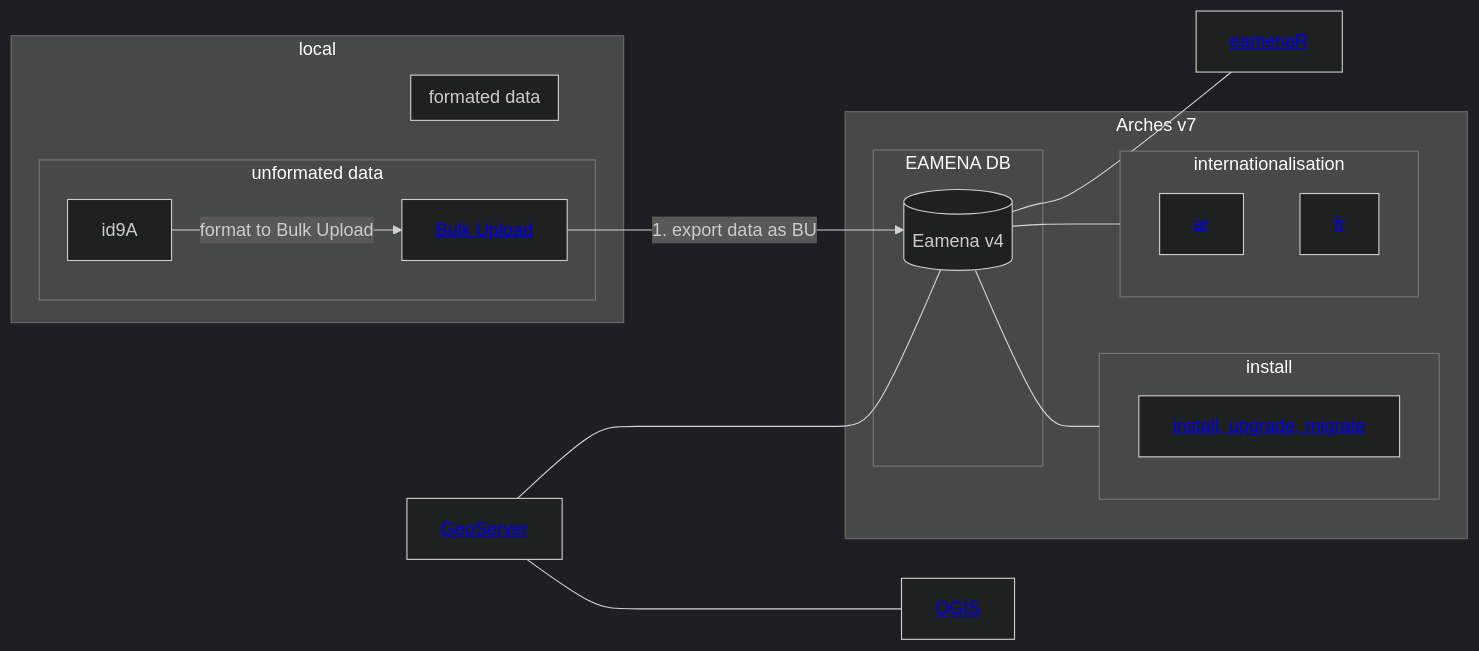
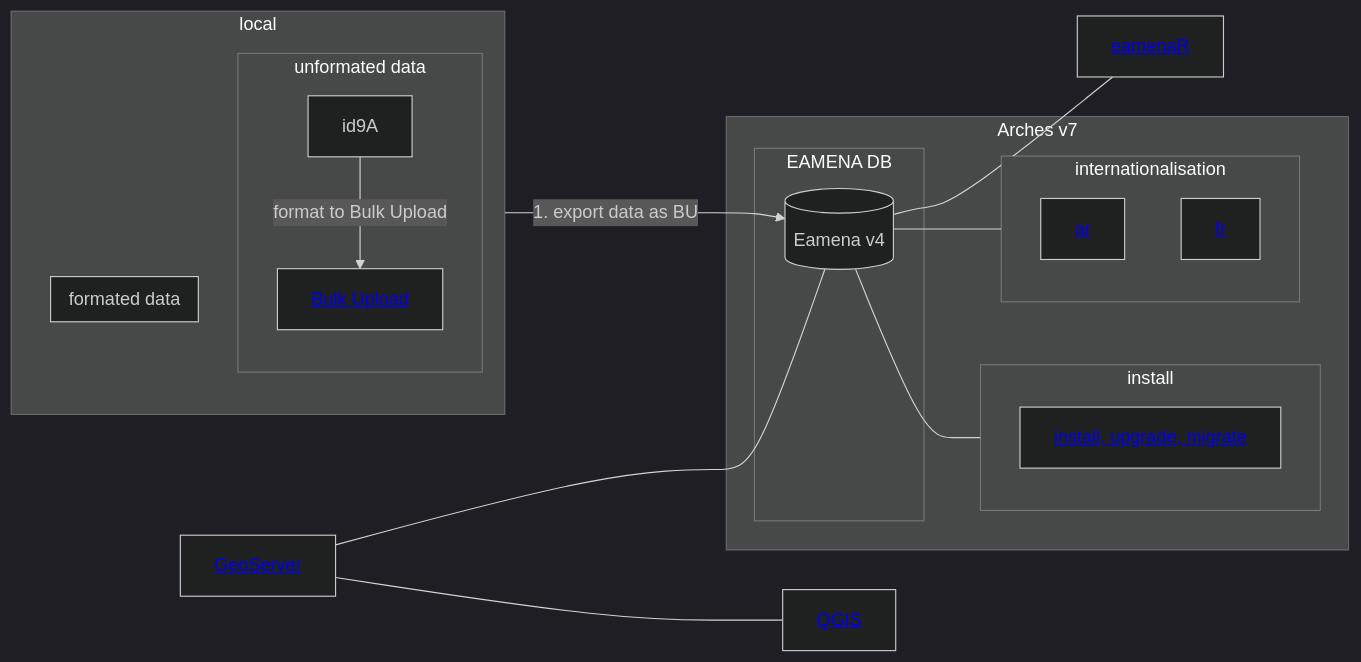
Before and after one commit to eamena-project/eamena-arches-dev: the diagram in dbs/database.eamena/README.md, drawn with Mermaid (dark theme).

````diff
--- a/dbs/database.eamena/README.md
+++ b/dbs/database.eamena/README.md
@@ -3,28 +3,29 @@
 ```mermaid
 flowchart LR
   subgraph Arches v7
     subgraph EAMENA DB
     ea[(Eamena v4)]
     end
     subgraph internationalisation
       id6[<a href='https://github.com/eamena-project/eamena-arches-dev/tree/main/dbs/database.eamena/internationalisation'>ar</a>];
       id7[<a href='https://github.com/eamena-project/eamena-arches-dev/tree/main/dbs/database.eamena/internationalisation'>fr</a>];
     end 
     subgraph install
       id8[<a href='https://github.com/eamena-project/eamena-arches-dev/tree/main/dbs/database.eamena/install'>install, upgrade, migrate</a>];
     end 
   end
   id3[<a href='https://github.com/eamena-project/eamena-arches-dev/tree/main/geoserver'>GeoServer</a>] --- ea;
   id3 --- id4[<a href='https://github.com/eamena-project/eamena-arches-dev/tree/main/gis/qgis'>QGIS</a>];
   subgraph local
+    direction TB
     subgraph unformated data
       id9A -- format to Bulk Upload --> id9B[<a href='https://github.com/eamena-project/eamena-arches-dev/tree/main/data/bulk#readme'>Bulk Upload</a>]
     end
     subgraph formated data
       id9B --1. export data as BU--> ea;
     end
   end
   ea --- id5[<a href='https://github.com/eamena-project/eamenaR'>eamenaR</a>];
   ea --- internationalisation
   ea --- install
 ```
````
